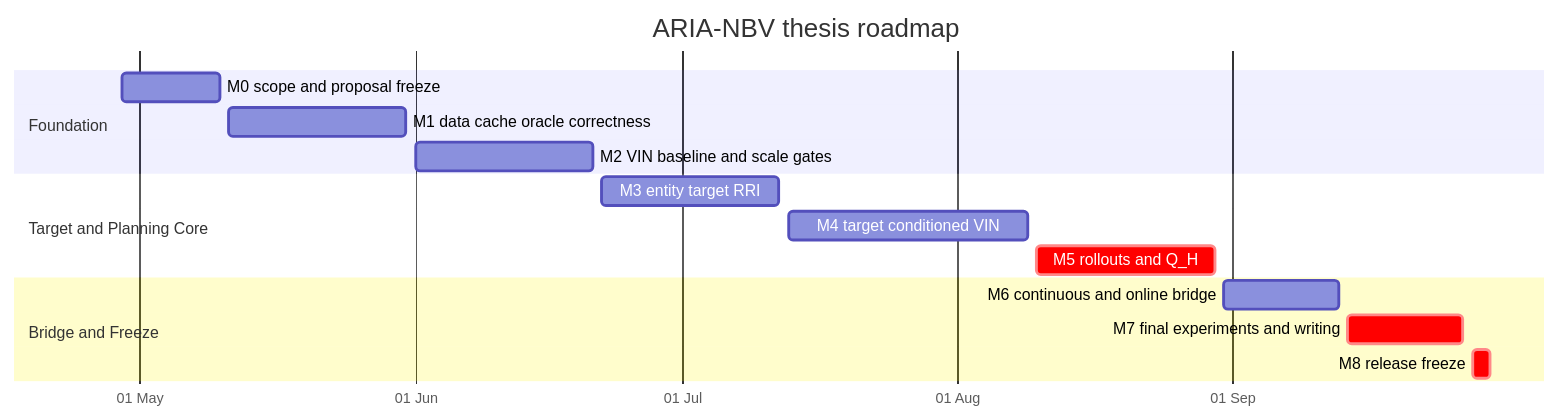
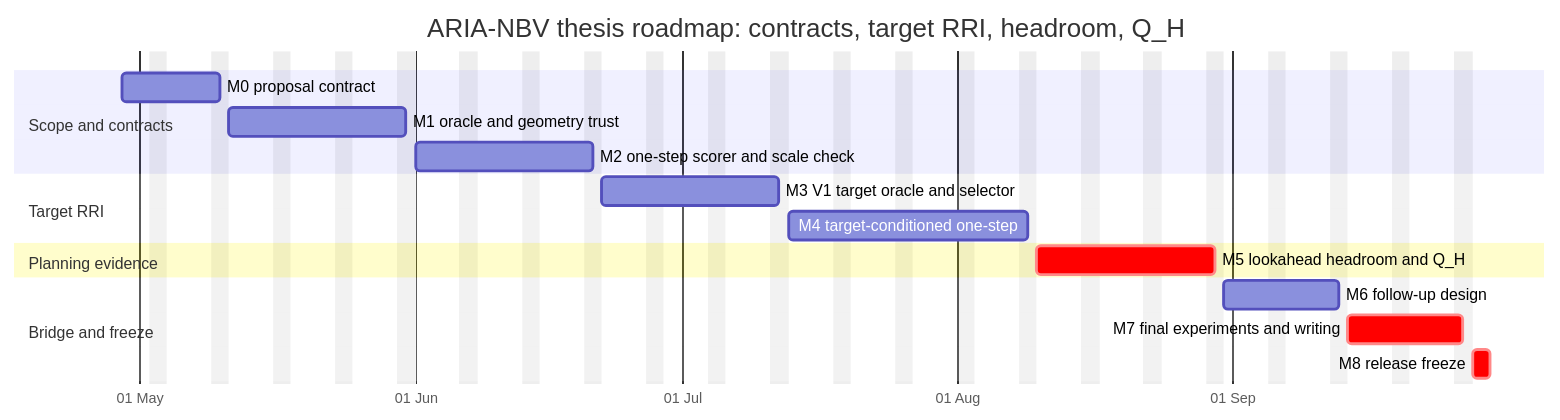
Before and after one commit to JanDuchscherer104/ARIA-NBV: the second of 2 diagrams in docs/contents/thesis/roadmap.qmd, drawn with Mermaid. The commit also changed other lines of this file and 47 other files, not shown here.

First line of the commit message:
chore: condense thesis proposal and add scientific-writing/typst-authoring skills

````diff
--- a/docs/contents/thesis/roadmap.qmd
+++ b/docs/contents/thesis/roadmap.qmd
@@ -259,18 +293,20 @@
 ```{mermaid}
 gantt
-    title ARIA-NBV thesis roadmap
+    title ARIA-NBV thesis roadmap: contracts, target RRI, headroom, Q_H
     dateFormat  YYYY-MM-DD
     axisFormat  %d %b
-    section Foundation
-    M0 scope and proposal freeze        :m0, 2026-04-29, 2026-05-10
-    M1 data cache oracle correctness    :m1, 2026-05-11, 2026-05-31
-    M2 VIN baseline and scale gates     :m2, 2026-06-01, 2026-06-21
-    section Target and Planning Core
-    M3 entity target RRI                :m3, 2026-06-22, 2026-07-12
-    M4 target conditioned VIN           :m4, 2026-07-13, 2026-08-09
-    M5 rollouts and Q_H                 :crit, m5, 2026-08-10, 2026-08-30
-    section Bridge and Freeze
-    M6 continuous and online bridge     :m6, 2026-08-31, 2026-09-13
+    excludes    weekends
+    section Scope and contracts
+    M0 proposal contract                :m0, 2026-04-29, 2026-05-10
+    M1 oracle and geometry trust        :m1, 2026-05-11, 2026-05-31
+    M2 one-step scorer and scale check  :m2, 2026-06-01, 2026-06-21
+    section Target RRI
+    M3 V1 target oracle and selector    :m3, 2026-06-22, 2026-07-12
+    M4 target-conditioned one-step      :m4, 2026-07-13, 2026-08-09
+    section Planning evidence
+    M5 lookahead headroom and Q_H       :crit, m5, 2026-08-10, 2026-08-30
+    section Bridge and freeze
+    M6 follow-up design                 :m6, 2026-08-31, 2026-09-13
     M7 final experiments and writing    :crit, m7, 2026-09-14, 2026-09-27
     M8 release freeze                   :crit, m8, 2026-09-28, 2026-09-30
 ```
````
